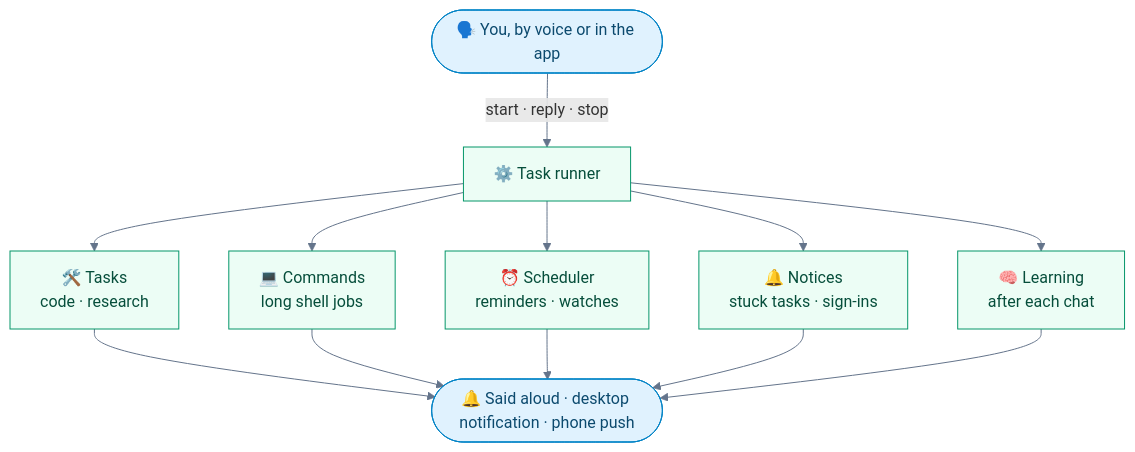
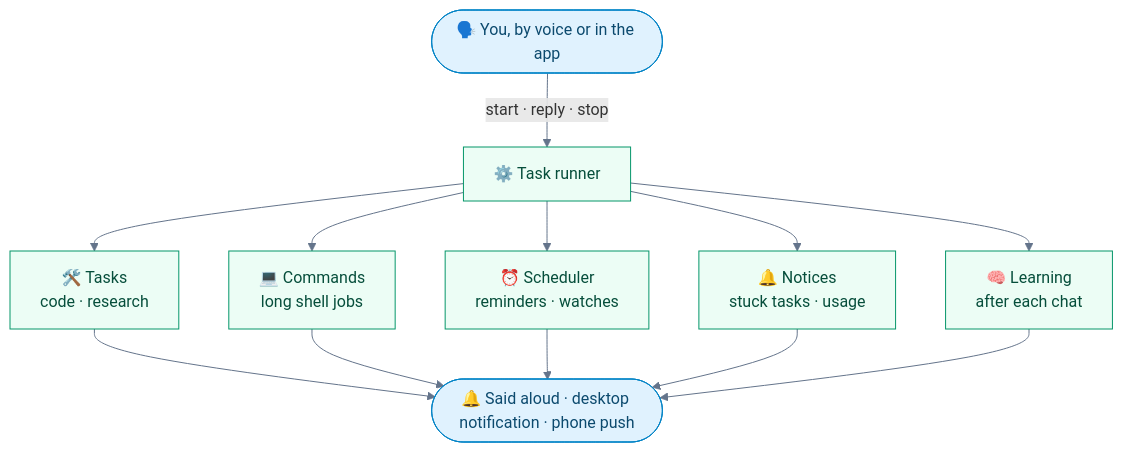
Before and after one commit to anilkumarmeena/alfred: the first of 3 diagrams in docs/tasks.md, drawn with Mermaid. The commit also changed other lines of this file and 9 other files, not shown here.

````diff
--- a/docs/tasks.md
+++ b/docs/tasks.md
@@ -17,16 +17,16 @@
 ```mermaid
 flowchart TB
     You(["🗣️ You, by voice or in the app"]) -->|start · reply · stop| Runner["⚙️ Task runner"]
     Runner --> T["🛠️ Tasks<br/>code · research"]
     Runner --> C["💻 Commands<br/>long shell jobs"]
     Runner --> S["⏰ Scheduler<br/>reminders · watches"]
-    Runner --> H["🔔 Notices<br/>stuck tasks · sign-ins"]
+    Runner --> H["🔔 Notices<br/>stuck tasks · usage"]
     Runner --> L["🧠 Learning<br/>after each chat"]
     T & C & S & H & L --> Tell(["🔔 Said aloud · desktop notification · phone push"])
 
     classDef you fill:#e0f2fe,stroke:#0284c7,color:#0c4a6e
     classDef mac fill:#ecfdf5,stroke:#059669,color:#064e3b
     class You,Tell you
     class Runner,T,C,S,H,L mac
     linkStyle default stroke:#64748b
 ```
````
